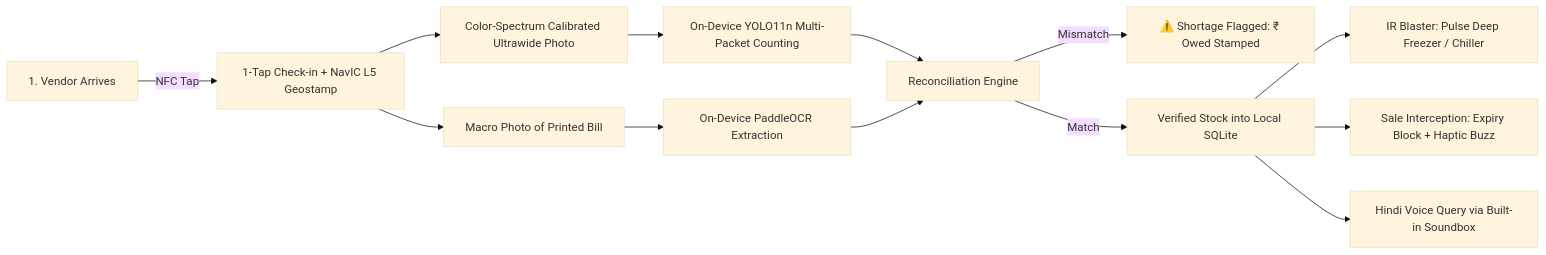
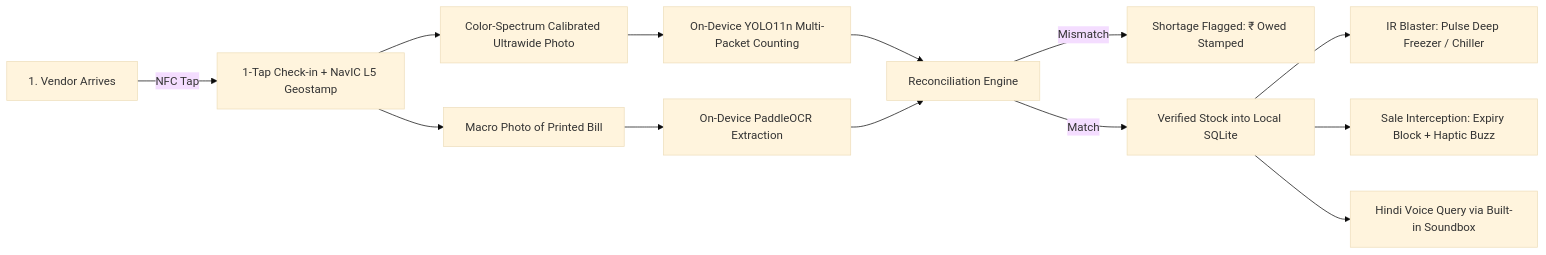
The diagram in docs/01_pitch/PHASE_1_SUBMISSION_PORTAL.md (SanTiwari07/KiranaRakshak), drawn with Mermaid (base theme) before and after one commit. The commit also changed other lines of this file and 8 other files, not shown here.

````diff
--- a/docs/01_pitch/PHASE_1_SUBMISSION_PORTAL.md
+++ b/docs/01_pitch/PHASE_1_SUBMISSION_PORTAL.md
@@ -43,14 +43,14 @@
 ```mermaid
 flowchart LR
     A[1. Vendor Arrives] -->|NFC Tap| B[1-Tap Check-in + NavIC L5 Geostamp]
     B --> C[Color-Spectrum Calibrated Ultrawide Photo]
     B --> D[Macro Photo of Printed Bill]
     C --> E[On-Device YOLO11n Multi-Packet Counting]
     D --> F[On-Device PaddleOCR Extraction]
     E & F --> G[Reconciliation Engine]
-    G -->|Mismatch| H[⚠️ Shortage Flagged: ₹ Owed Stamped]
+    G -->|Mismatch| H[Shortage Flagged: ₹ Owed Stamped]
     G -->|Match| I[Verified Stock into Local SQLite]
     I --> J[IR Blaster: Pulse Deep Freezer / Chiller]
     I --> K[Sale Interception: Expiry Block + Haptic Buzz]
     I --> L[Hindi Voice Query via Built-in Soundbox]
 ```
````
